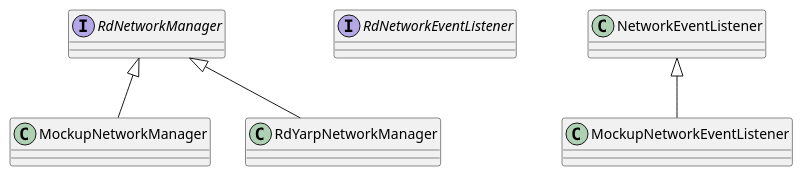
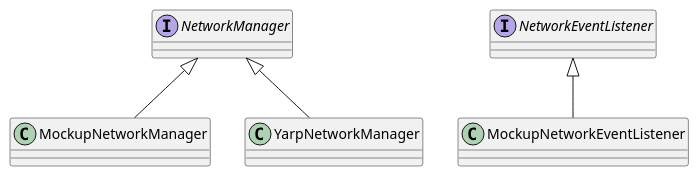
One commit to asrob-uc3m/robotDevastation-developer-manual changed the diagram in en/network-management.md. Above: the diagram before and after it, drawn with PlantUML. The commit also changed other lines of this file and 9 other files, not shown here.

```diff
--- a/en/network-management.md
+++ b/en/network-management.md
@@ -12,15 +12,15 @@
 {% plantuml %}
-interface RdNetworkManager
+interface NetworkManager
 
 Class MockupNetworkManager
 
-RdNetworkManager <|-- MockupNetworkManager
+NetworkManager <|-- MockupNetworkManager
 
-RdNetworkManager <|-- RdYarpNetworkManager
+NetworkManager <|-- YarpNetworkManager
 
-interface RdNetworkEventListener
+interface NetworkEventListener
 
 class MockupNetworkEventListener
 
 NetworkEventListener <|-- MockupNetworkEventListener
 {% endplantuml %}
```
